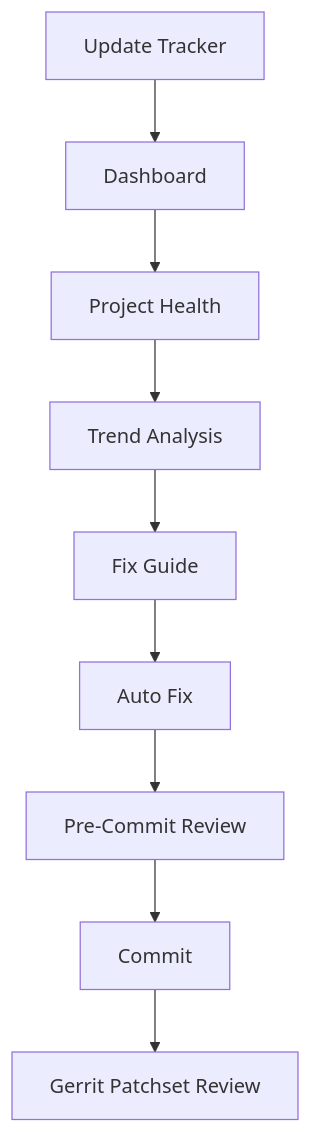
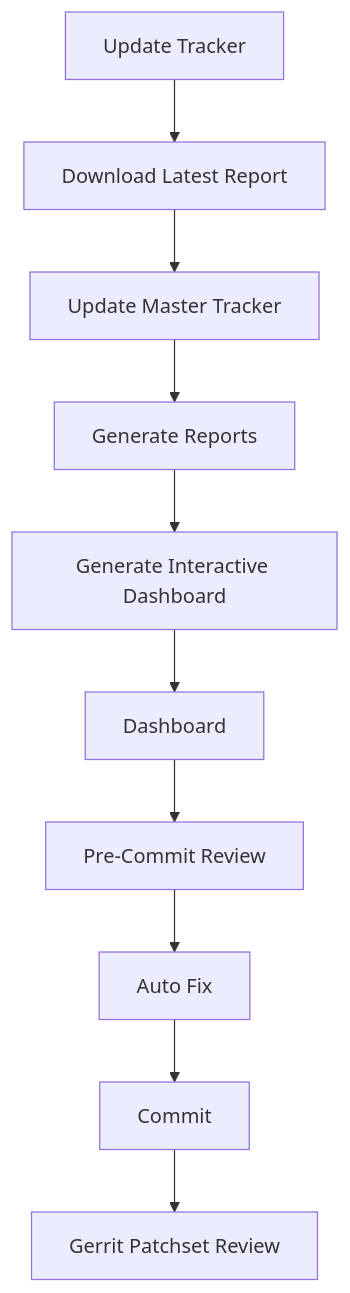
Before and after one commit to Jashitha/copilot-codesonar-assistant: the second of 5 diagrams in codesonar-assistant/README.md, drawn with Mermaid. The commit also changed other lines of this file, not shown here.

Commit message:
Document v2.0 Interactive Dashboard feature in README

````diff
--- a/codesonar-assistant/README.md
+++ b/codesonar-assistant/README.md
@@ -35,11 +55,12 @@
 ```mermaid
 flowchart TD
-    A[Update Tracker] --> B[Dashboard]
-    B --> C[Project Health]
-    C --> D[Trend Analysis]
-    D --> E[Fix Guide]
-    E --> F[Auto Fix]
+    A[Update Tracker] --> B[Download Latest Report]
+    B --> C[Update Master Tracker]
+    C --> D[Generate Reports]
+    D --> E[Generate Interactive Dashboard]
+    E --> F[Dashboard]
     F --> G[Pre-Commit Review]
-    G --> H[Commit]
-    H --> I[Gerrit Patchset Review]
+    G --> H[Auto Fix]
+    H --> I[Commit]
+    I --> J[Gerrit Patchset Review]
 ```
````
